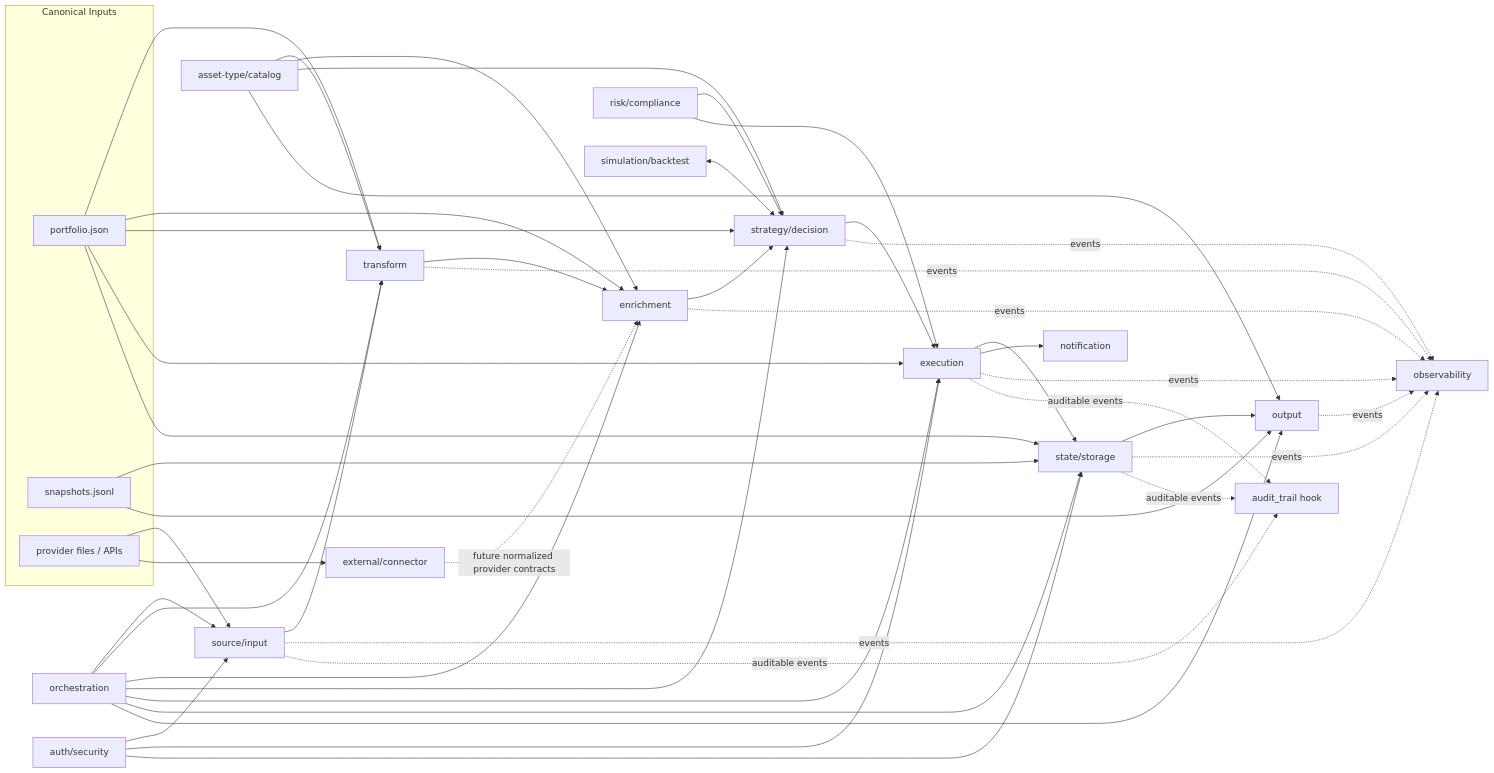
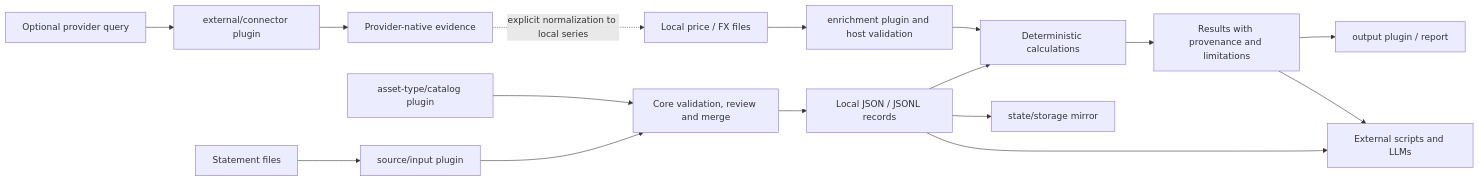
The diagram in docs/explanation/plugin-architecture.md (ricardocabral/rikdom), drawn with Mermaid before and after one commit. The commit also changed other lines of this file and 10 other files, not shown here.

````diff
--- a/docs/explanation/plugin-architecture.md
+++ b/docs/explanation/plugin-architecture.md
@@ -32,53 +36,18 @@
 ```mermaid
 flowchart LR
-  subgraph Inputs["Canonical Inputs"]
-    P["portfolio.json"]
-    S["snapshots.jsonl"]
-    X["provider files / APIs"]
-  end
-
-  SI["source/input"] --> TF["transform"] --> EN["enrichment"] --> SD["strategy/decision"] --> EX["execution"] --> SS["state/storage"] --> OUT["output"]
-  X --> SI
-  X --> CON["external/connector"]
-  CON -. "future normalized provider contracts" .-> EN
-  P --> TF
-  P --> EN
-  P --> SD
-  P --> EX
-  P --> SS
-  S --> SS
-  S --> OUT
-
-  AT["asset-type/catalog"] --> TF
-  AT --> EN
-  AT --> SD
-  AT --> OUT
-
-  ORC["orchestration"] --> SI
-  ORC --> TF
-  ORC --> EN
-  ORC --> SD
-  ORC --> EX
-  ORC --> SS
-  ORC --> OUT
-
-  RC["risk/compliance"] --> SD
-  RC --> EX
-  AUTH["auth/security"] --> SI
-  AUTH --> EX
-  AUTH --> SS
-  EX --> NOTIF["notification"]
-  SB["simulation/backtest"] <--> SD
-
-  SI -. events .-> OBS["observability"]
-  TF -. events .-> OBS
-  EN -. events .-> OBS
-  SD -. events .-> OBS
-  EX -. events .-> OBS
-  SS -. events .-> OBS
-  OUT -. events .-> OBS
-
-  SI -. auditable events .-> AUD["audit_trail hook"]
-  EX -. auditable events .-> AUD
-  SS -. auditable events .-> AUD
+  F["Statement files"] --> SI["source/input plugin"]
+  SI --> V["Core validation, review and merge"]
+  AT["asset-type/catalog plugin"] --> V
+  V --> P["Local JSON / JSONL records"]
+  P --> C["Deterministic calculations"]
+  X["Optional provider query"] --> CON["external/connector plugin"]
+  CON --> RAW["Provider-native evidence"]
+  RAW -. "explicit normalization to local series" .-> CACHE["Local price / FX files"]
+  CACHE --> EN["enrichment plugin and host validation"]
+  EN --> C
+  C --> R["Results with provenance and limitations"]
+  P --> SS["state/storage mirror"]
+  R --> OUT["output plugin / report"]
+  P --> A["External scripts and LLMs"]
+  R --> A
 ```
````
